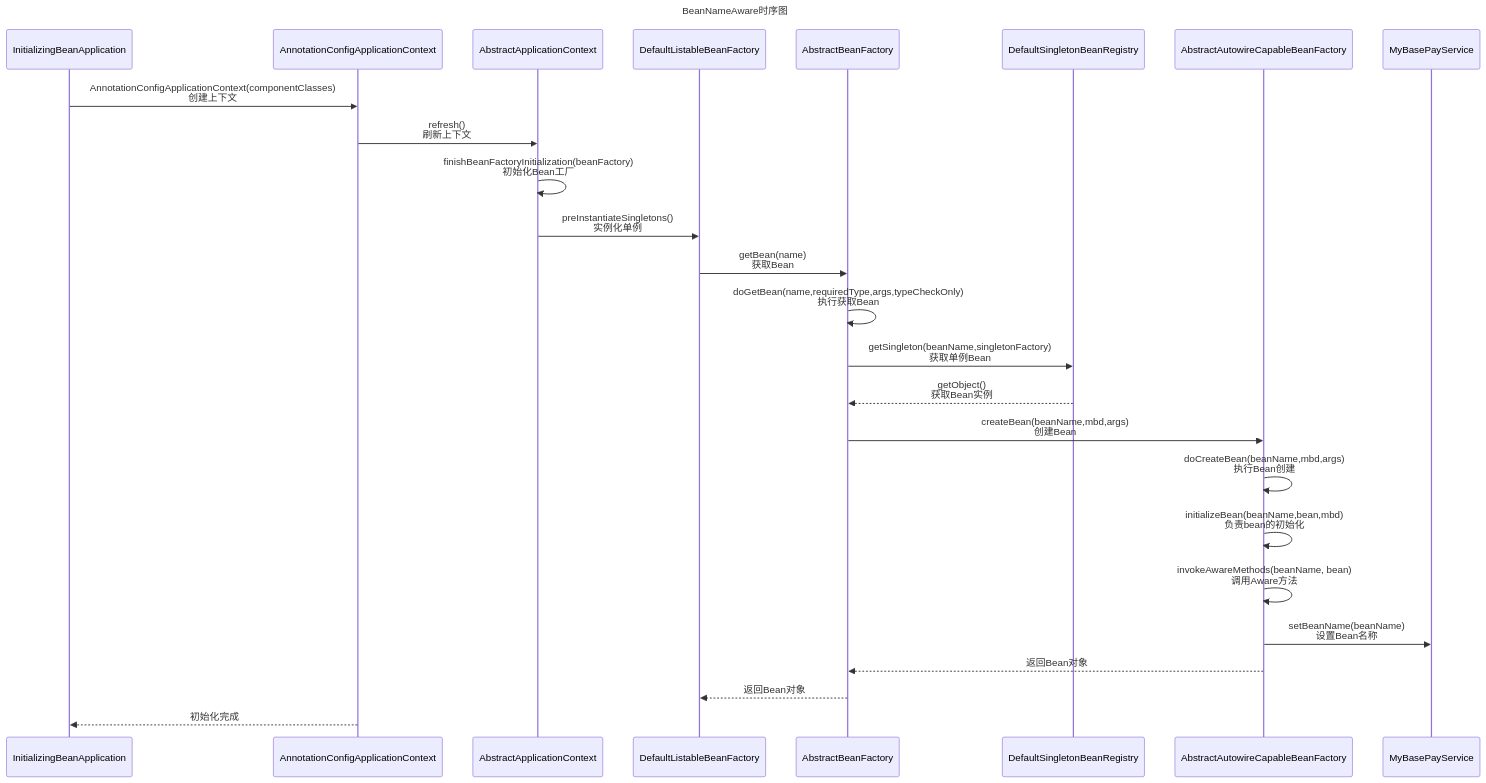
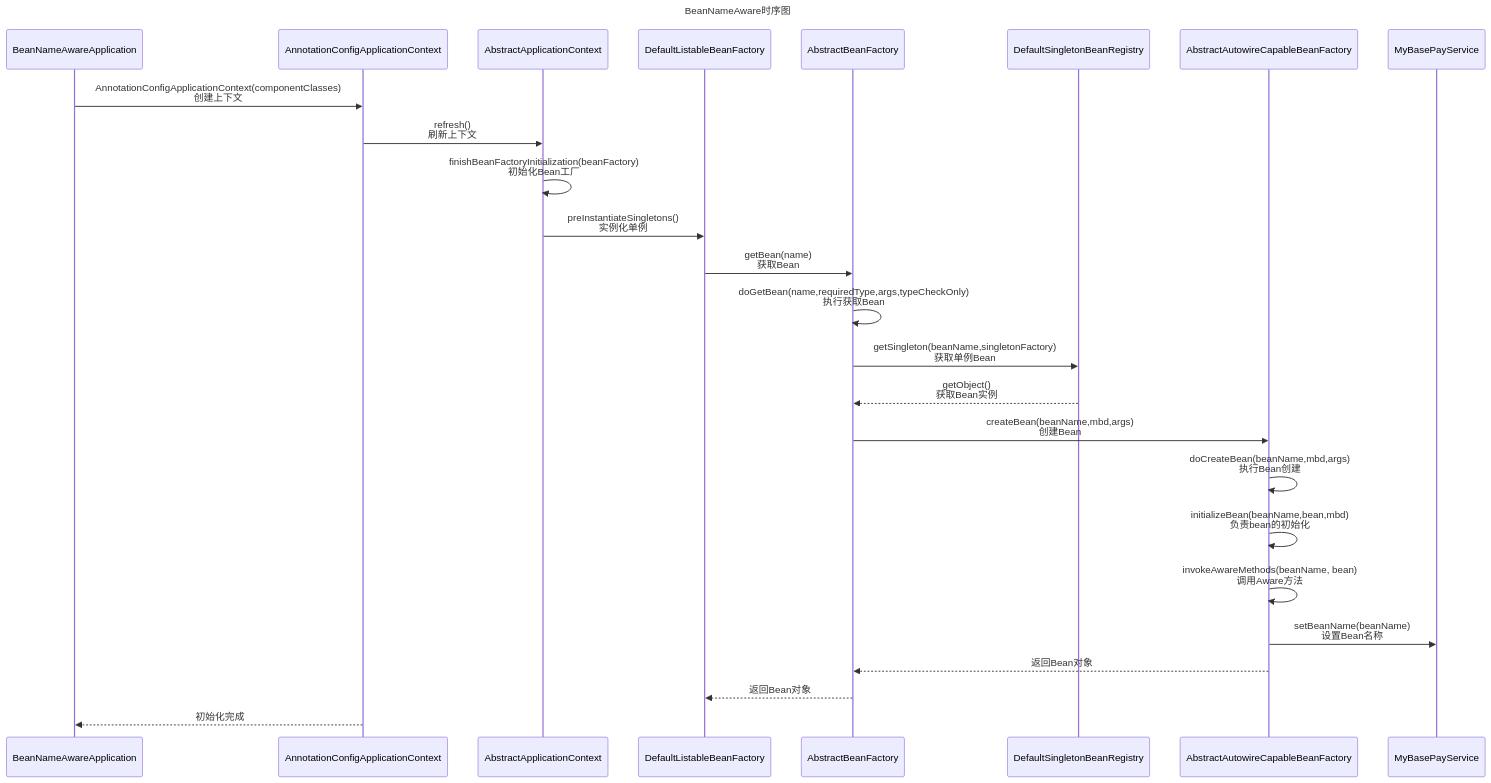
One commit to xuchengsheng/spring-reading changed the diagram in spring-aware-beanNameAware/README.md. Above: the diagram before and after it, drawn with Mermaid.

Commit message:
BeanNameAware优化

```diff
--- a/spring-aware-beanNameAware/README.md
+++ b/spring-aware-beanNameAware/README.md
@@ -132,29 +132,29 @@
 ~~~mermaid
 sequenceDiagram
     Title: BeanNameAware时序图
-    participant InitializingBeanApplication
+    participant BeanNameAwareApplication
     participant AnnotationConfigApplicationContext
     participant AbstractApplicationContext
     participant DefaultListableBeanFactory
     participant AbstractBeanFactory
     participant DefaultSingletonBeanRegistry
     participant AbstractAutowireCapableBeanFactory
     participant MyBasePayService
     
-    InitializingBeanApplication->>AnnotationConfigApplicationContext:AnnotationConfigApplicationContext(componentClasses)<br>创建上下文
+    BeanNameAwareApplication->>AnnotationConfigApplicationContext:AnnotationConfigApplicationContext(componentClasses)<br>创建上下文
     AnnotationConfigApplicationContext->>AbstractApplicationContext:refresh()<br>刷新上下文
     AbstractApplicationContext->>AbstractApplicationContext:finishBeanFactoryInitialization(beanFactory)<br>初始化Bean工厂
     AbstractApplicationContext->>DefaultListableBeanFactory:preInstantiateSingletons()<br>实例化单例
     DefaultListableBeanFactory->>AbstractBeanFactory:getBean(name)<br>获取Bean
     AbstractBeanFactory->>AbstractBeanFactory:doGetBean(name,requiredType,args,typeCheckOnly)<br>执行获取Bean
     AbstractBeanFactory->>DefaultSingletonBeanRegistry:getSingleton(beanName,singletonFactory)<br>获取单例Bean
     DefaultSingletonBeanRegistry-->>AbstractBeanFactory:getObject()<br>获取Bean实例
     AbstractBeanFactory->>AbstractAutowireCapableBeanFactory:createBean(beanName,mbd,args)<br>创建Bean
     AbstractAutowireCapableBeanFactory->>AbstractAutowireCapableBeanFactory:doCreateBean(beanName,mbd,args)<br>执行Bean创建
     AbstractAutowireCapableBeanFactory->>AbstractAutowireCapableBeanFactory:initializeBean(beanName,bean,mbd)<br>负责bean的初始化
     AbstractAutowireCapableBeanFactory->>AbstractAutowireCapableBeanFactory:invokeAwareMethods(beanName, bean)<br>调用Aware方法
     AbstractAutowireCapableBeanFactory->>MyBasePayService:setBeanName(beanName)<br>设置Bean名称
     AbstractAutowireCapableBeanFactory-->>AbstractBeanFactory:返回Bean对象
     AbstractBeanFactory-->>DefaultListableBeanFactory:返回Bean对象
-    AnnotationConfigApplicationContext-->>InitializingBeanApplication:初始化完成
+    AnnotationConfigApplicationContext-->>BeanNameAwareApplication:初始化完成
 ~~~
```
